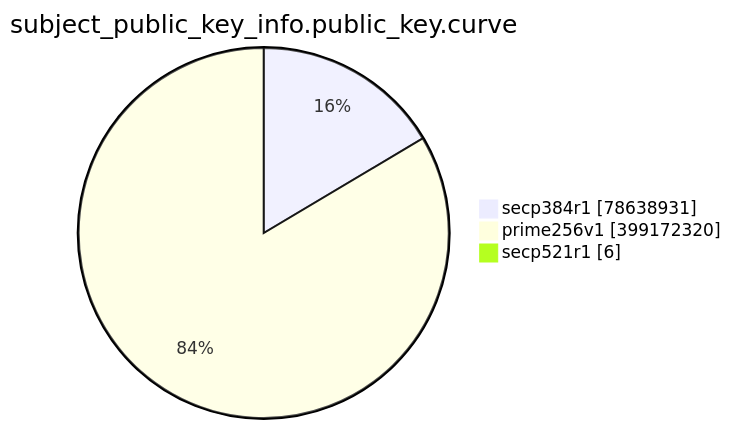
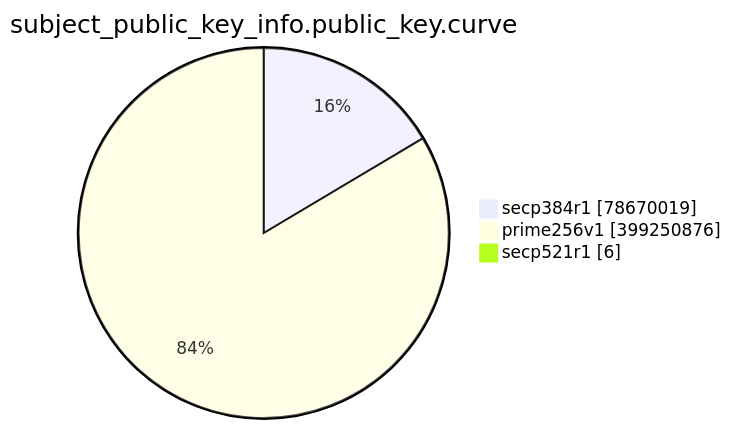
Before and after one commit to christiankrug/ctmonitor_visualization: the eighth of 15 diagrams in TOTAL/README.md, drawn with Mermaid. The commit also changed other lines of this file, not shown here.

````diff
--- a/TOTAL/README.md
+++ b/TOTAL/README.md
@@ -3095,7 +3095,7 @@
 ```mermaid
 pie showData
 title subject_public_key_info.public_key.curve
-"secp384r1" :78638931
-"prime256v1" :399172320
+"secp384r1" :78670019
+"prime256v1" :399250876
 "secp521r1" :6
 ```
````
